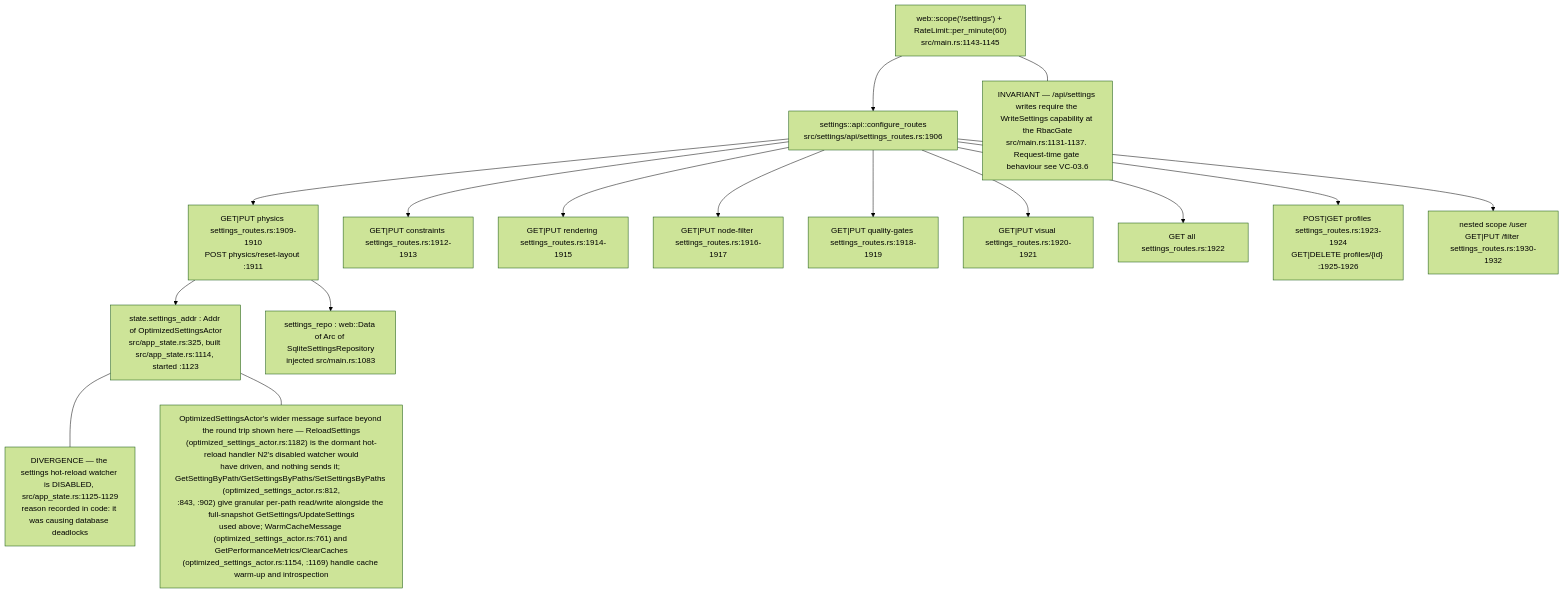
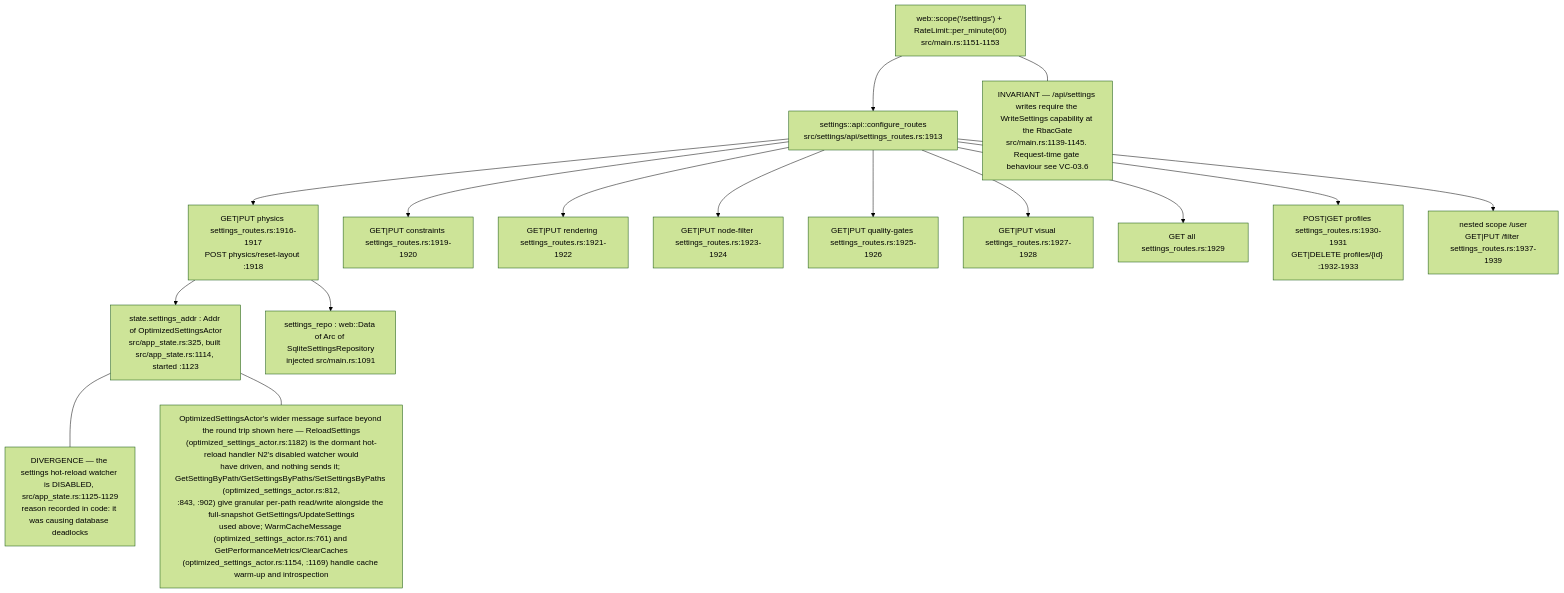
The first of 8 diagrams in docs/diagrams/visionclaw/06-settings-round-trip.md (DreamLab-AI/VisionFlow), drawn with Mermaid (forest theme) before and after one commit. The commit also changed other lines of this file and 56 other files, not shown here.

First line of the commit message:
docs(diagrams): re-verify VisionClaw topics at ec785afa9, add VC-19/56/57 and the VisionClaw register

````diff
--- a/docs/diagrams/visionclaw/06-settings-round-trip.md
+++ b/docs/diagrams/visionclaw/06-settings-round-trip.md
@@ -41,24 +58,24 @@
 ```mermaid
 flowchart TB
-    S["web::scope('/settings') + RateLimit::per_minute(60)<br/>src/main.rs:1143-1145"]
-    S --> CFG["settings::api::configure_routes<br/>src/settings/api/settings_routes.rs:1906"]
-    CFG --> P["GET|PUT physics settings_routes.rs:1909-1910<br/>POST physics/reset-layout :1911"]
-    CFG --> C["GET|PUT constraints settings_routes.rs:1912-1913"]
-    CFG --> R["GET|PUT rendering settings_routes.rs:1914-1915"]
-    CFG --> NF["GET|PUT node-filter settings_routes.rs:1916-1917"]
-    CFG --> QG["GET|PUT quality-gates settings_routes.rs:1918-1919"]
-    CFG --> V["GET|PUT visual settings_routes.rs:1920-1921"]
-    CFG --> AL["GET all settings_routes.rs:1922"]
-    CFG --> PR["POST|GET profiles settings_routes.rs:1923-1924<br/>GET|DELETE profiles/{id} :1925-1926"]
-    CFG --> U["nested scope /user<br/>GET|PUT /filter settings_routes.rs:1930-1932"]
+    S["web::scope('/settings') + RateLimit::per_minute(60)<br/>src/main.rs:1151-1153"]
+    S --> CFG["settings::api::configure_routes<br/>src/settings/api/settings_routes.rs:1913"]
+    CFG --> P["GET|PUT physics settings_routes.rs:1916-1917<br/>POST physics/reset-layout :1918"]
+    CFG --> C["GET|PUT constraints settings_routes.rs:1919-1920"]
+    CFG --> R["GET|PUT rendering settings_routes.rs:1921-1922"]
+    CFG --> NF["GET|PUT node-filter settings_routes.rs:1923-1924"]
+    CFG --> QG["GET|PUT quality-gates settings_routes.rs:1925-1926"]
+    CFG --> V["GET|PUT visual settings_routes.rs:1927-1928"]
+    CFG --> AL["GET all settings_routes.rs:1929"]
+    CFG --> PR["POST|GET profiles settings_routes.rs:1930-1931<br/>GET|DELETE profiles/{id} :1932-1933"]
+    CFG --> U["nested scope /user<br/>GET|PUT /filter settings_routes.rs:1937-1939"]
     ACT["state.settings_addr : Addr of OptimizedSettingsActor<br/>src/app_state.rs:325, built src/app_state.rs:1114, started :1123"]
-    REPO["settings_repo : web::Data of Arc of SqliteSettingsRepository<br/>injected src/main.rs:1083"]
+    REPO["settings_repo : web::Data of Arc of SqliteSettingsRepository<br/>injected src/main.rs:1091"]
     P --> ACT
     P --> REPO
-    N1["INVARIANT — /api/settings writes require the WriteSettings capability at the RbacGate<br/>src/main.rs:1131-1137. Request-time gate behaviour see VC-03.6"]
+    N1["INVARIANT — /api/settings writes require the WriteSettings capability at the RbacGate<br/>src/main.rs:1139-1145. Request-time gate behaviour see VC-03.6"]
     S --- N1
     N2["DIVERGENCE — the settings hot-reload watcher is DISABLED, src/app_state.rs:1125-1129<br/>reason recorded in code: it was causing database deadlocks"]
     ACT --- N2
     N3["OptimizedSettingsActor's wider message surface beyond the round trip shown here — ReloadSettings<br/>(optimized_settings_actor.rs:1182) is the dormant hot-reload handler N2's disabled watcher would<br/>have driven, and nothing sends it; GetSettingByPath/GetSettingsByPaths/SetSettingsByPaths (optimized_settings_actor.rs:812,<br/>:843, :902) give granular per-path read/write alongside the full-snapshot GetSettings/UpdateSettings<br/>used above; WarmCacheMessage (optimized_settings_actor.rs:761) and GetPerformanceMetrics/ClearCaches<br/>(optimized_settings_actor.rs:1154, :1169) handle cache warm-up and introspection"]
     ACT --- N3
 ```
````
